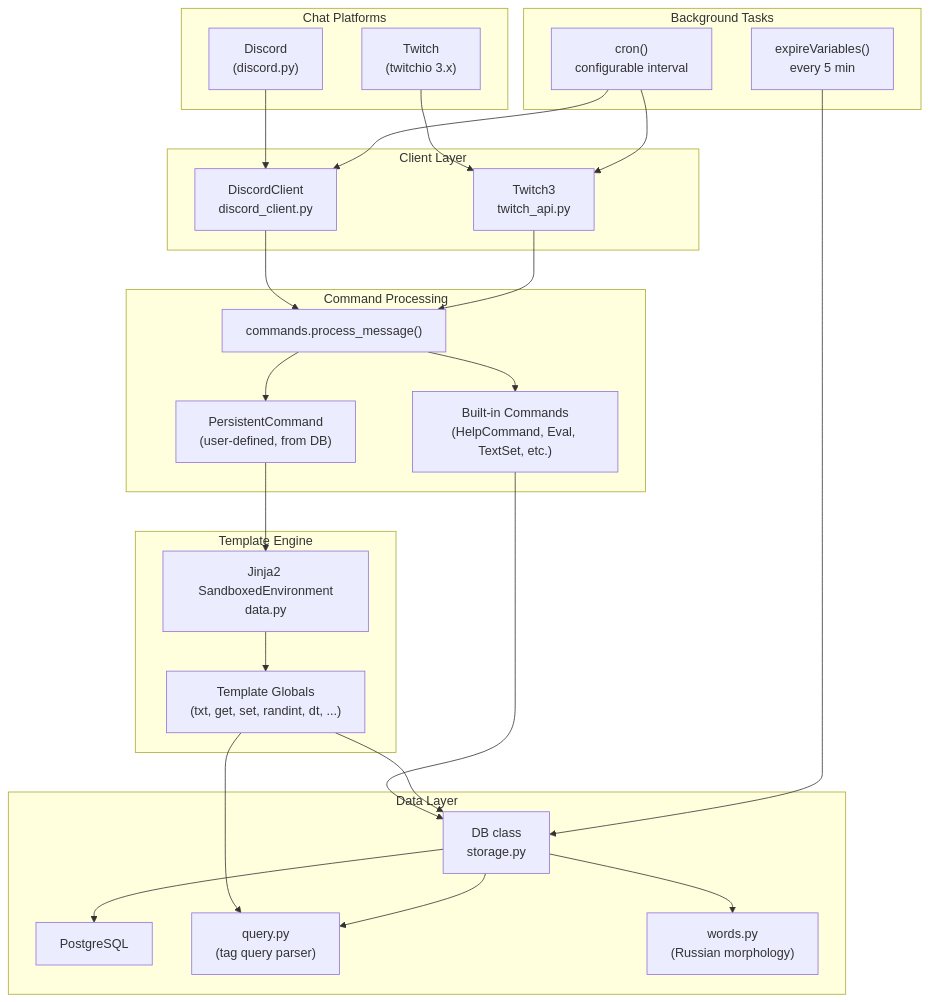
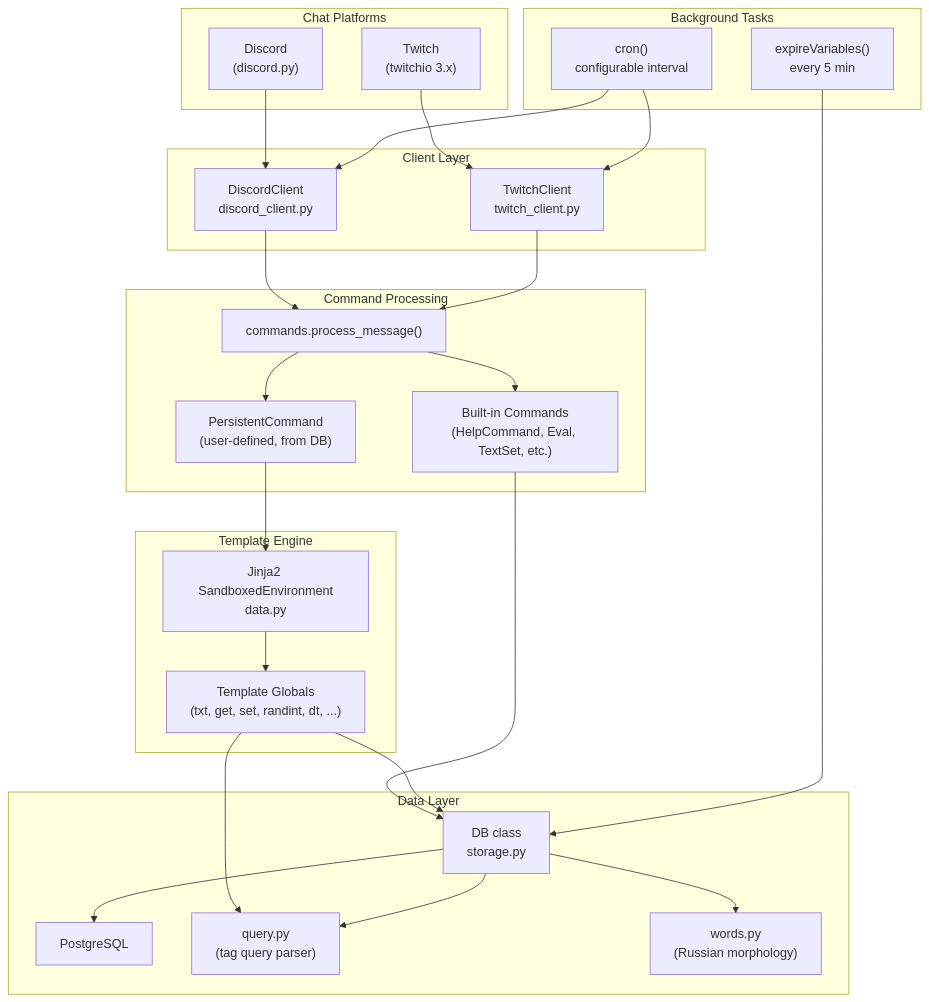
The first of 3 diagrams in docs/architecture.md (metaflow/moon-rabbit), drawn with Mermaid before and after one commit. The commit also changed other lines of this file and 22 other files, not shown here.

````diff
--- a/docs/architecture.md
+++ b/docs/architecture.md
@@ -9,53 +9,53 @@
 ```mermaid
 graph TD
     subgraph "Chat Platforms"
         D["Discord<br/>(discord.py)"]
         T["Twitch<br/>(twitchio 3.x)"]
     end
 
     subgraph "Client Layer"
         DC["DiscordClient<br/>discord_client.py"]
-        TC["Twitch3<br/>twitch_api.py"]
+        TC["TwitchClient<br/>twitch_client.py"]
     end
 
     subgraph "Command Processing"
         CP["commands.process_message()"]
         BC["Built-in Commands<br/>(HelpCommand, Eval, TextSet, etc.)"]
         PC["PersistentCommand<br/>(user-defined, from DB)"]
     end
 
     subgraph "Template Engine"
         J2["Jinja2 SandboxedEnvironment<br/>data.py"]
         TG["Template Globals<br/>(txt, get, set, randint, dt, ...)"]
     end
 
     subgraph "Data Layer"
         DB["DB class<br/>storage.py"]
         PG["PostgreSQL"]
         QP["query.py<br/>(tag query parser)"]
         WO["words.py<br/>(Russian morphology)"]
     end
 
     subgraph "Background Tasks"
         EV["expireVariables()<br/>every 5 min"]
         CR["cron()<br/>configurable interval"]
     end
 
     D --> DC
     T --> TC
     DC --> CP
     TC --> CP
     CP --> BC
     CP --> PC
     PC --> J2
     BC --> DB
     J2 --> TG
     TG --> DB
     TG --> QP
     DB --> PG
     DB --> QP
     DB --> WO
     EV --> DB
     CR --> DC
     CR --> TC
 ```
````
